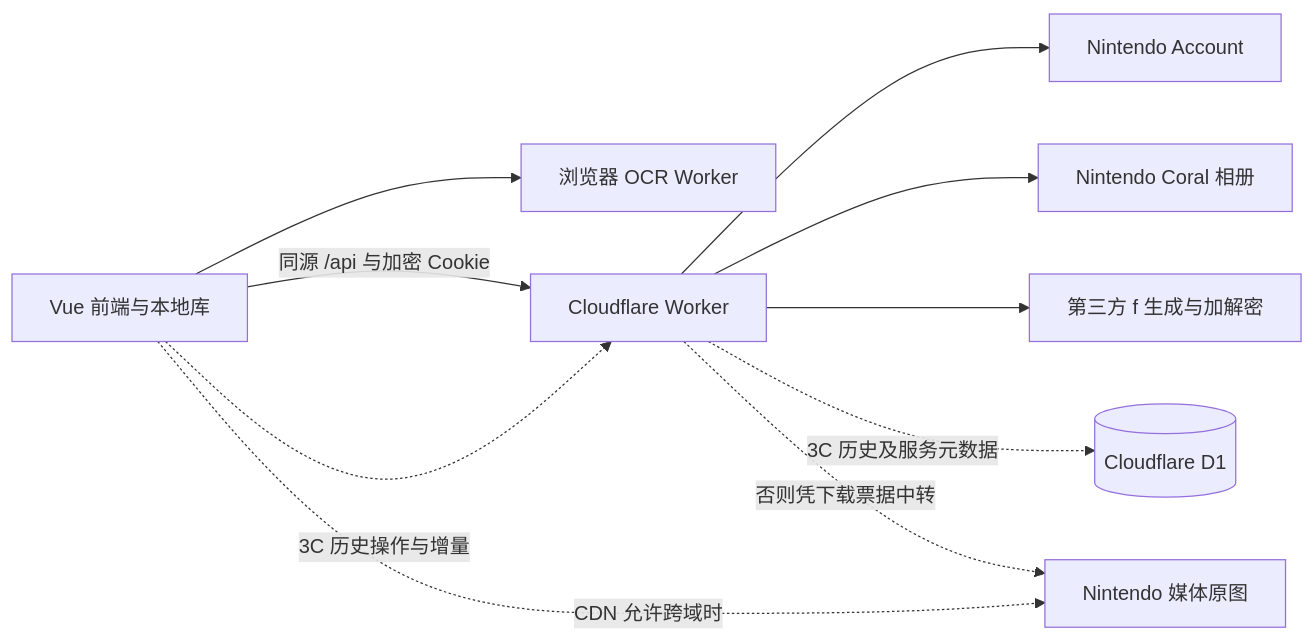
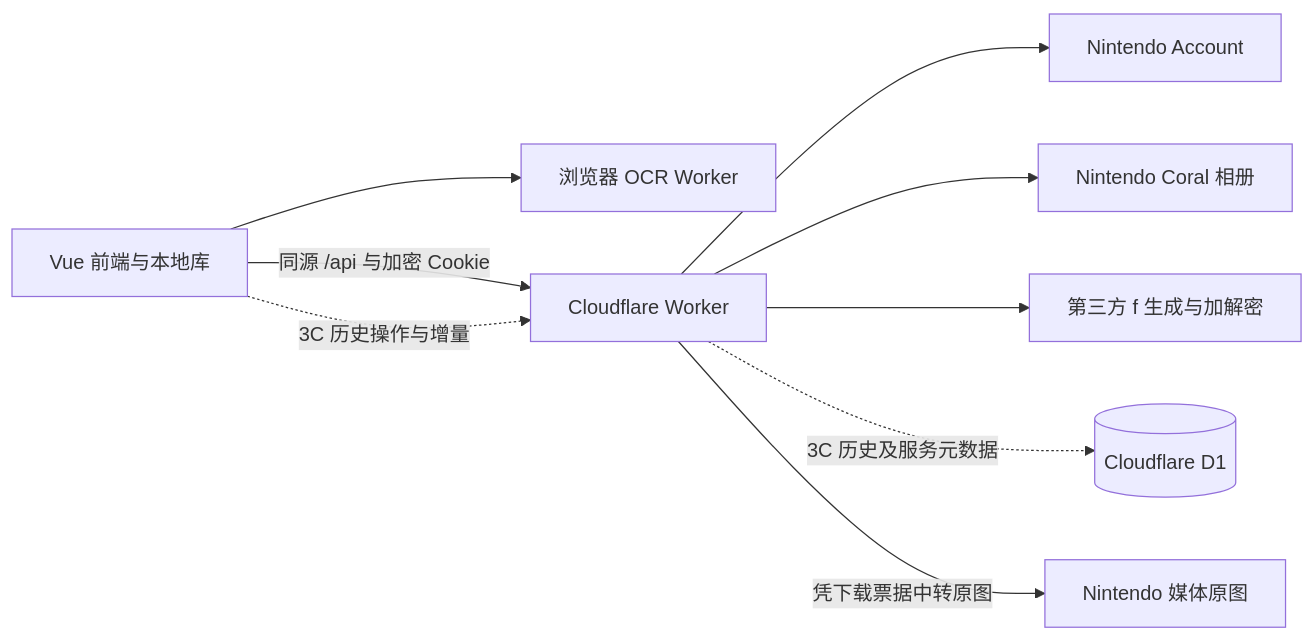
The diagram in docs/FP_B30_三期设计文档.md (HimemiyaTori/gcfp-b30), drawn with Mermaid before and after one commit. The commit also changed other lines of this file and 8 other files, not shown here.

````diff
--- a/docs/FP_B30_三期设计文档.md
+++ b/docs/FP_B30_三期设计文档.md
@@ -223,12 +223,11 @@
 ```mermaid
 flowchart LR
     UI[Vue 前端与本地库] --> OCR[浏览器 OCR Worker]
     UI -->|同源 /api 与加密 Cookie| W[Cloudflare Worker]
     W --> NA[Nintendo Account]
     W --> Coral[Nintendo Coral 相册]
     W --> F[第三方 f 生成与加解密]
     UI -.->|3C 历史操作与增量| W
     W -.->|3C 历史及服务元数据| D1[(Cloudflare D1)]
-    UI -.->|CDN 允许跨域时| CDN[Nintendo 媒体原图]
-    W -.->|否则凭下载票据中转| CDN
+    W -->|凭下载票据中转原图| CDN[Nintendo 媒体原图]
 ```
````
